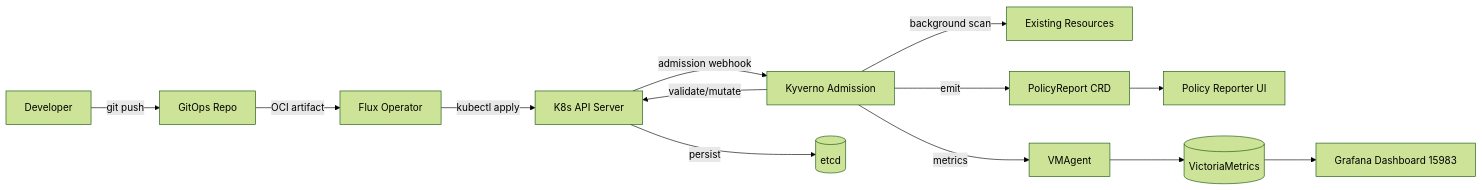
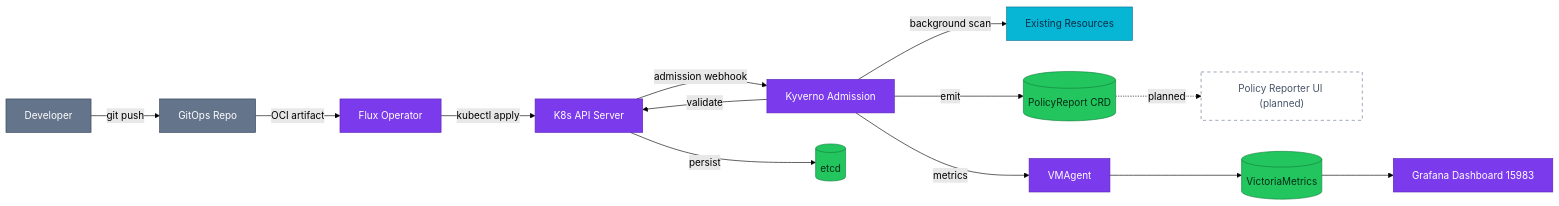
The diagram in docs/platform/kyverno.md (duynhlab/homelab), drawn with Mermaid (forest theme) before and after one commit. The commit also changed other lines of this file and 11 other files, not shown here.

````diff
--- a/docs/platform/kyverno.md
+++ b/docs/platform/kyverno.md
@@ -44,15 +46,27 @@
 ```mermaid
 flowchart LR
-    Dev[Developer] -->|git push| Repo[GitOps Repo]
-    Repo -->|OCI artifact| Flux[Flux Operator]
-    Flux -->|kubectl apply| API[K8s API Server]
-    API -->|admission webhook| Kyverno[Kyverno Admission]
-    Kyverno -->|validate/mutate| API
-    API -->|persist| Etcd[(etcd)]
-    Kyverno -->|background scan| Existing[Existing Resources]
-    Kyverno -->|emit| PR[PolicyReport CRD]
-    PR --> Reporter[Policy Reporter UI]
-    Kyverno -->|metrics| VMAgent[VMAgent]
-    VMAgent --> VMSingle[(VictoriaMetrics)]
-    VMSingle --> Grafana[Grafana Dashboard 15983]
+    Dev["Developer"] -->|"git push"| Repo["GitOps Repo"]
+    Repo -->|"OCI artifact"| Flux["Flux Operator"]
+    Flux -->|"kubectl apply"| API["K8s API Server"]
+    API -->|"admission webhook"| Kyverno["Kyverno Admission"]
+    Kyverno -->|"validate"| API
+    API -->|"persist"| Etcd[("etcd")]
+    Kyverno -->|"background scan"| Existing["Existing Resources"]
+    Kyverno -->|"emit"| PR[("PolicyReport CRD")]
+    PR -.->|"planned"| Reporter["Policy Reporter UI (planned)"]
+    Kyverno -->|"metrics"| VMAgent["VMAgent"]
+    VMAgent --> VMSingle[("VictoriaMetrics")]
+    VMSingle --> Grafana["Grafana Dashboard 15983"]
+
+    classDef service fill:#06b6d4,color:#082f49,stroke:#0e7490;
+    classDef platform fill:#7c3aed,color:#fff,stroke:#5b21b6;
+    classDef data fill:#22c55e,color:#052e16,stroke:#15803d;
+    classDef external fill:#64748b,color:#fff,stroke:#334155;
+    classDef planned fill:#fff,color:#475569,stroke:#64748b,stroke-dasharray:5 5;
+
+    class Dev,Repo external;
+    class Flux,API,Kyverno,VMAgent,Grafana platform;
+    class Etcd,PR,VMSingle data;
+    class Existing service;
+    class Reporter planned;
 ```
````
